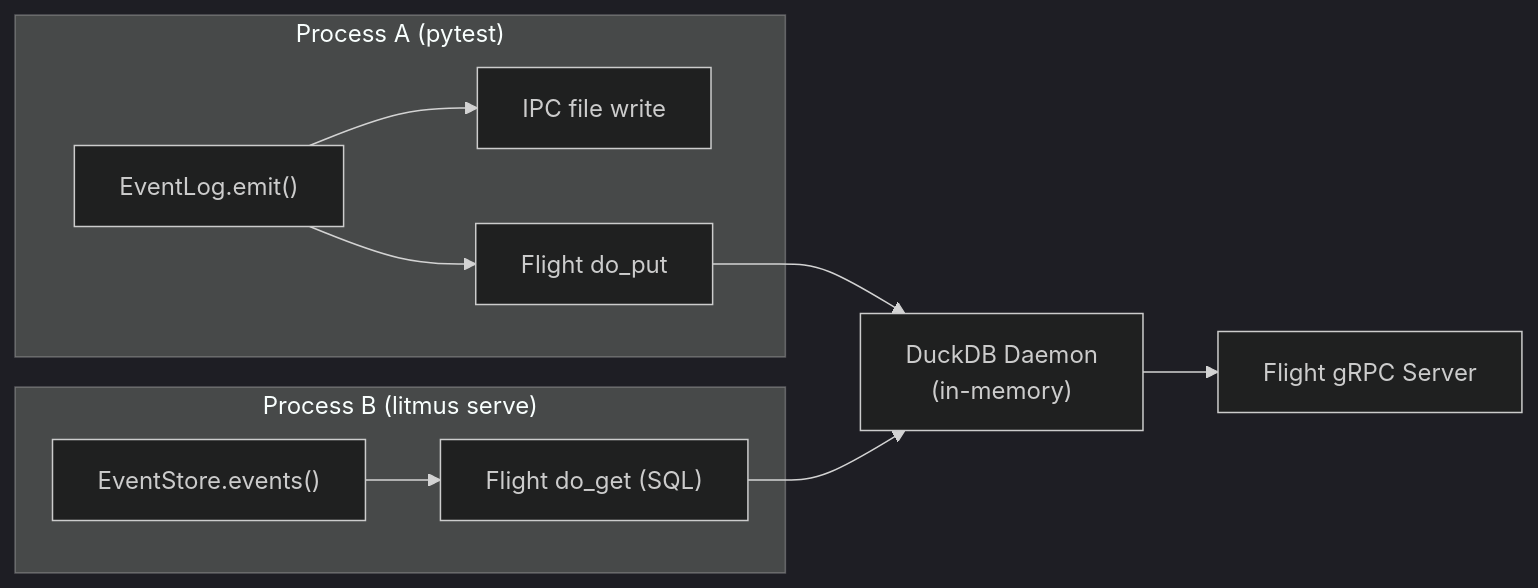
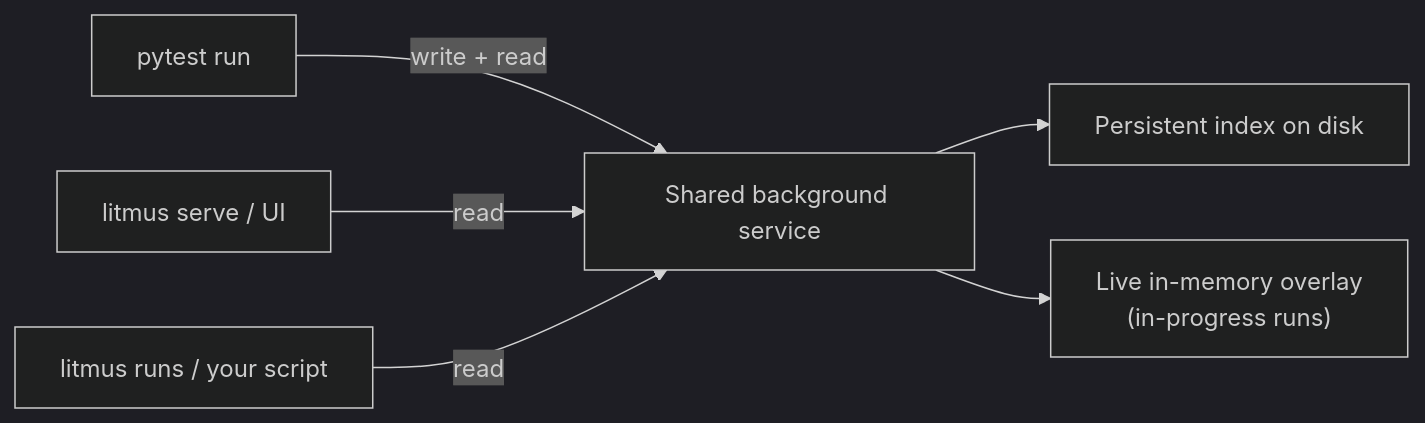
Before and after one commit to pragmatest-dev/testerkit: the diagram in docs/concepts/data/flight-streaming.md, drawn with Mermaid (dark theme). The commit also changed other lines of this file and 5 other files, not shown here.

First line of the commit message:
docs: corpus review Piece 3 (concepts/data: sessions, event-sourcing, event-log, flight-streaming; execution/step-hierarchy)

````diff
--- a/docs/concepts/data/flight-streaming.md
+++ b/docs/concepts/data/flight-streaming.md
@@ -18,23 +18,8 @@
 ```mermaid
 flowchart LR
-    subgraph A["Process A (pytest)"]
-        emit["EventLog.emit()"]
-        ipc["IPC file write"]
-        doput["Flight do_put"]
-        emit --> ipc
-        emit --> doput
-    end
-
-    subgraph B["Process B (litmus serve)"]
-        query["EventStore.events()"]
-        doget["Flight do_get (SQL)"]
-        query --> doget
-    end
-
-    daemon["DuckDB Daemon<br/>(in-memory)"]
-    grpc["Flight gRPC Server"]
-
-    doput --> daemon
-    doget --> daemon
-    daemon --> grpc
+    A["pytest run"] -->|write + read| svc["Shared background service"]
+    B["litmus serve / UI"] -->|read| svc
+    C["litmus runs / your script"] -->|read| svc
+    svc --> disk["Persistent index on disk"]
+    svc --> live["Live in-memory overlay\n(in-progress runs)"]
 ```
````
